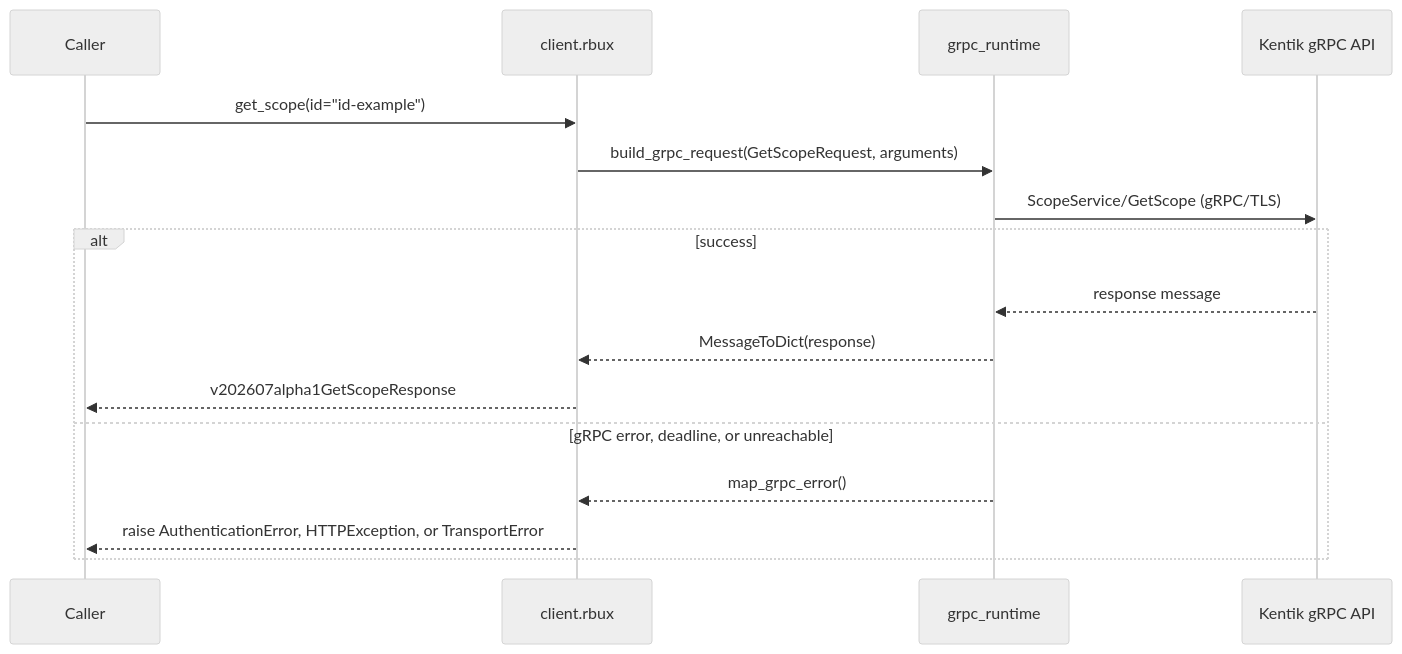
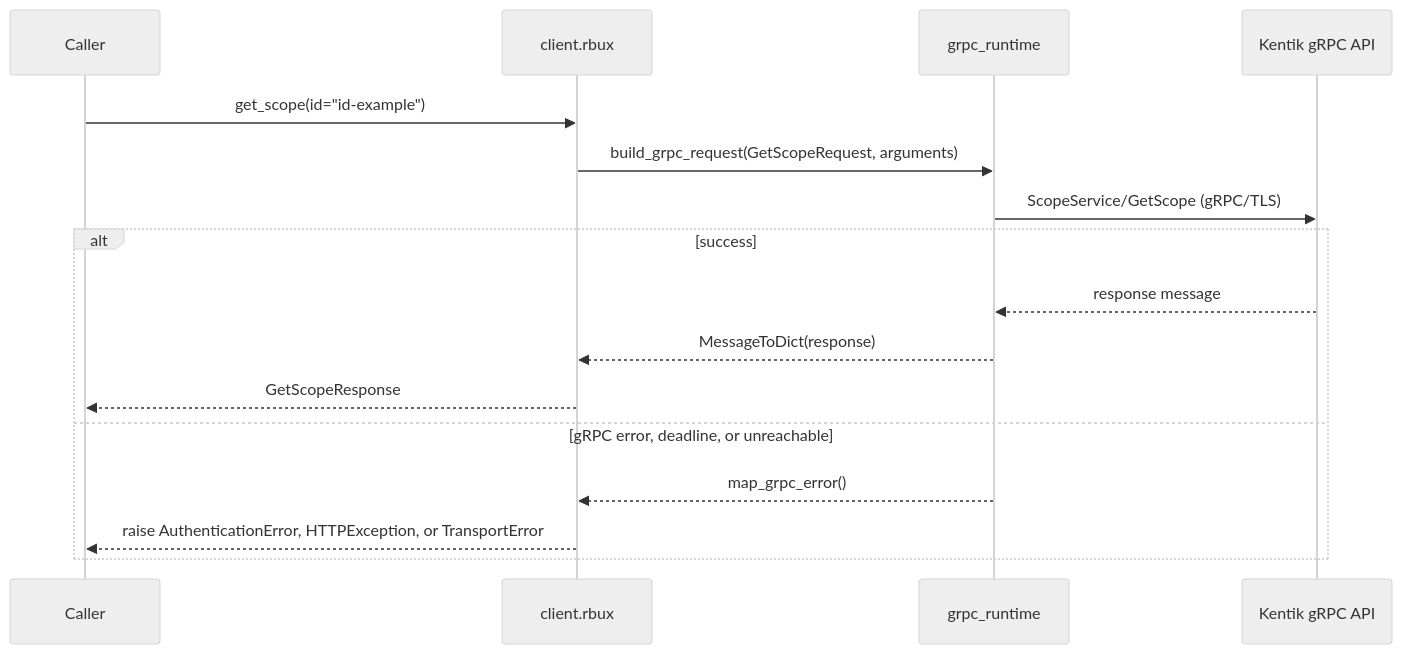
Before and after one commit to alexdearaujo/community_sdk_python: the seventh of 12 diagrams in docs/sphinx/services/rbux.md, drawn with Mermaid (neutral theme). The commit also changed other lines of this file and 38 other files, not shown here.

````diff
--- a/docs/sphinx/services/rbux.md
+++ b/docs/sphinx/services/rbux.md
@@ -203,19 +203,19 @@
 ```mermaid
 sequenceDiagram
     participant C as Caller
     participant W as client.rbux
     participant R as grpc_runtime
     participant API as Kentik gRPC API
 
     C->>W: get_scope(id="id-example")
     W->>R: build_grpc_request(GetScopeRequest, arguments)
     R->>API: ScopeService/GetScope (gRPC/TLS)
     alt success
         API-->>R: response message
         R-->>W: MessageToDict(response)
-        W-->>C: v202607alpha1GetScopeResponse
+        W-->>C: GetScopeResponse
     else gRPC error, deadline, or unreachable
         R-->>W: map_grpc_error()
         W-->>C: raise AuthenticationError, HTTPException, or TransportError
     end
 ```
````
